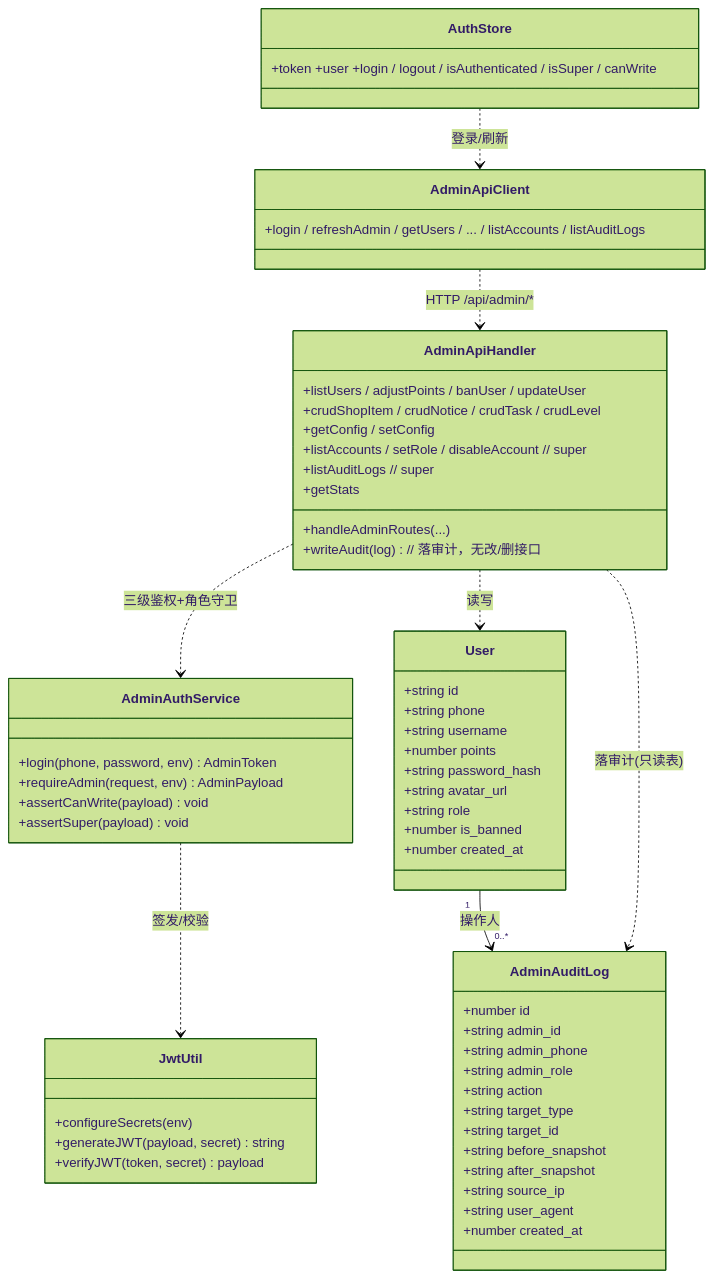
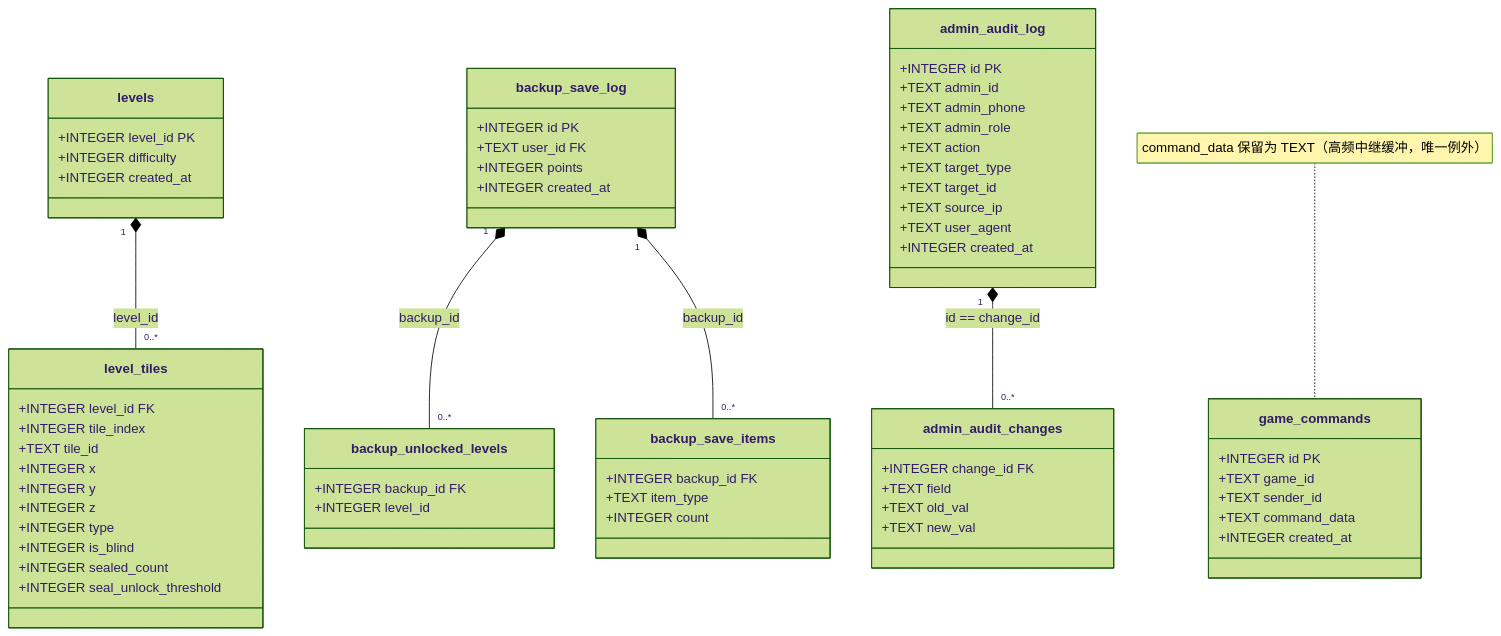
The first of 5 diagrams in docs/system_design.md (xqh0927/sheeps), drawn with Mermaid (forest theme) before and after one commit. The commit also changed other lines of this file and 192 other files, not shown here.

````diff
--- a/docs/system_design.md
+++ b/docs/system_design.md
@@ -88,59 +67,66 @@
 ```mermaid
 classDiagram
-    class User {
-        +string id
-        +string phone
-        +string username
-        +number points
-        +string password_hash
-        +string avatar_url
-        +string role
-        +number is_banned
-        +number created_at
+    class levels {
+        +INTEGER level_id PK
+        +INTEGER difficulty
+        +INTEGER created_at
     }
-    class AdminAuditLog {
-        +number id
-        +string admin_id
-        +string admin_phone
-        +string admin_role
-        +string action
-        +string target_type
-        +string target_id
-        +string before_snapshot
-        +string after_snapshot
-        +string source_ip
-        +string user_agent
-        +number created_at
+    class level_tiles {
+        +INTEGER level_id FK
+        +INTEGER tile_index
+        +TEXT tile_id
+        +INTEGER x
+        +INTEGER y
+        +INTEGER z
+        +INTEGER type
+        +INTEGER is_blind
+        +INTEGER sealed_count
+        +INTEGER seal_unlock_threshold
     }
-    class JwtUtil {
-        +configureSecrets(env)
-        +generateJWT(payload, secret) string
-        +verifyJWT(token, secret) payload
+    class backup_save_log {
+        +INTEGER id PK
+        +TEXT user_id FK
+        +INTEGER points
+        +INTEGER created_at
     }
-    class AdminAuthService {
-        +login(phone, password, env) AdminToken
-        +requireAdmin(request, env) AdminPayload
-        +assertCanWrite(payload) void
-        +assertSuper(payload) void
+    class backup_unlocked_levels {
+        +INTEGER backup_id FK
+        +INTEGER level_id
     }
-    class AdminApiHandler {
-        +handleAdminRoutes(...)
-        +listUsers / adjustPoints / banUser / updateUser
-        +crudShopItem / crudNotice / crudTask / crudLevel
-        +getConfig / setConfig
-        +listAccounts / setRole / disableAccount   // super
-        +listAuditLogs                              // super
-        +getStats
-        +writeAudit(log)   // 落审计，无改/删接口
+    class backup_save_items {
+        +INTEGER backup_id FK
+        +TEXT item_type
+        +INTEGER count
     }
-    class AdminApiClient { +login / refreshAdmin / getUsers / ... / listAccounts / listAuditLogs }
-    class AuthStore { +token +user +login / logout / isAuthenticated / isSuper / canWrite }
+    class admin_audit_log {
+        +INTEGER id PK
+        +TEXT admin_id
+        +TEXT admin_phone
+        +TEXT admin_role
+        +TEXT action
+        +TEXT target_type
+        +TEXT target_id
+        +TEXT source_ip
+        +TEXT user_agent
+        +INTEGER created_at
+    }
+    class admin_audit_changes {
+        +INTEGER change_id FK
+        +TEXT field
+        +TEXT old_val
+        +TEXT new_val
+    }
+    class game_commands {
+        +INTEGER id PK
+        +TEXT game_id
+        +TEXT sender_id
+        +TEXT command_data
+        +INTEGER created_at
+    }
 
-    User "1" --> "0..*" AdminAuditLog : 操作人
-    AdminApiHandler ..> AdminAuthService : 三级鉴权+角色守卫
-    AdminApiHandler ..> AdminAuditLog : 落审计(只读表)
-    AdminApiHandler ..> User : 读写
-    AdminAuthService ..> JwtUtil : 签发/校验
-    AdminApiClient ..> AdminApiHandler : HTTP /api/admin/*
-    AuthStore ..> AdminApiClient : 登录/刷新
+    levels "1" *-- "0..*" level_tiles : level_id
+    backup_save_log "1" *-- "0..*" backup_unlocked_levels : backup_id
+    backup_save_log "1" *-- "0..*" backup_save_items : backup_id
+    admin_audit_log "1" *-- "0..*" admin_audit_changes : id == change_id
+    note for game_commands "command_data 保留为 TEXT（高频中继缓冲，唯一例外）"
 ```
````
